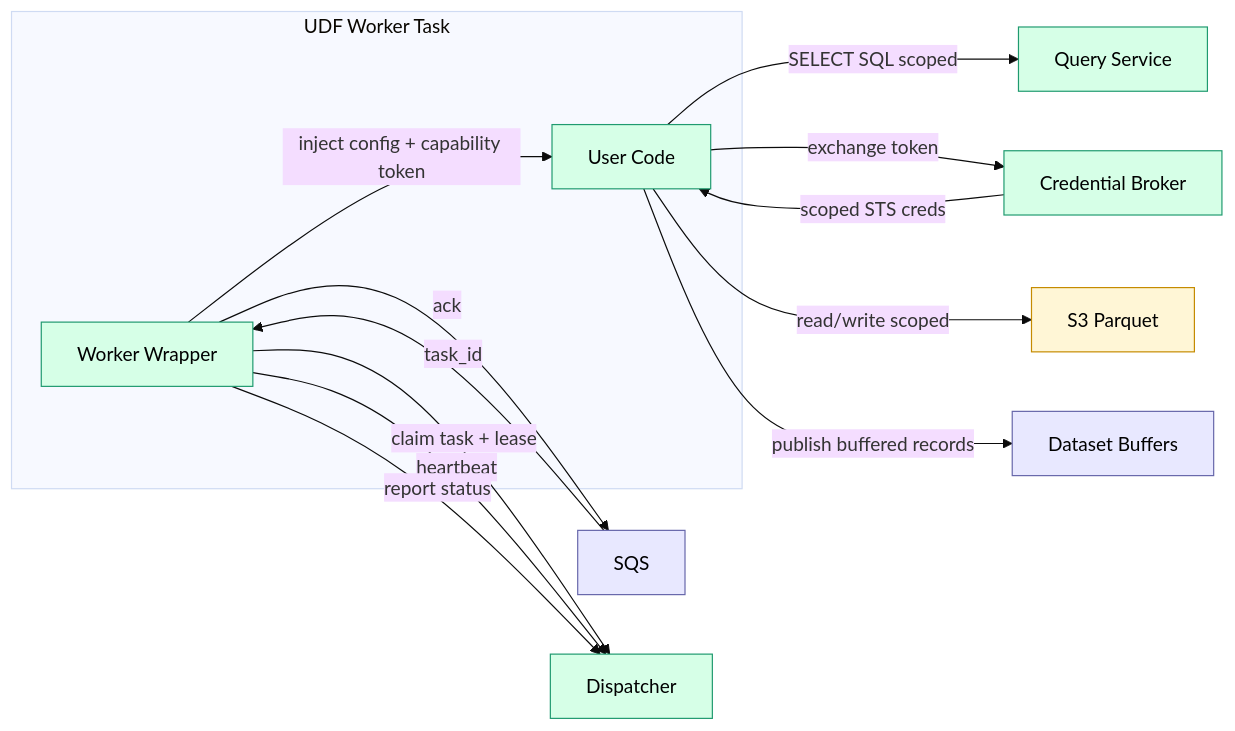
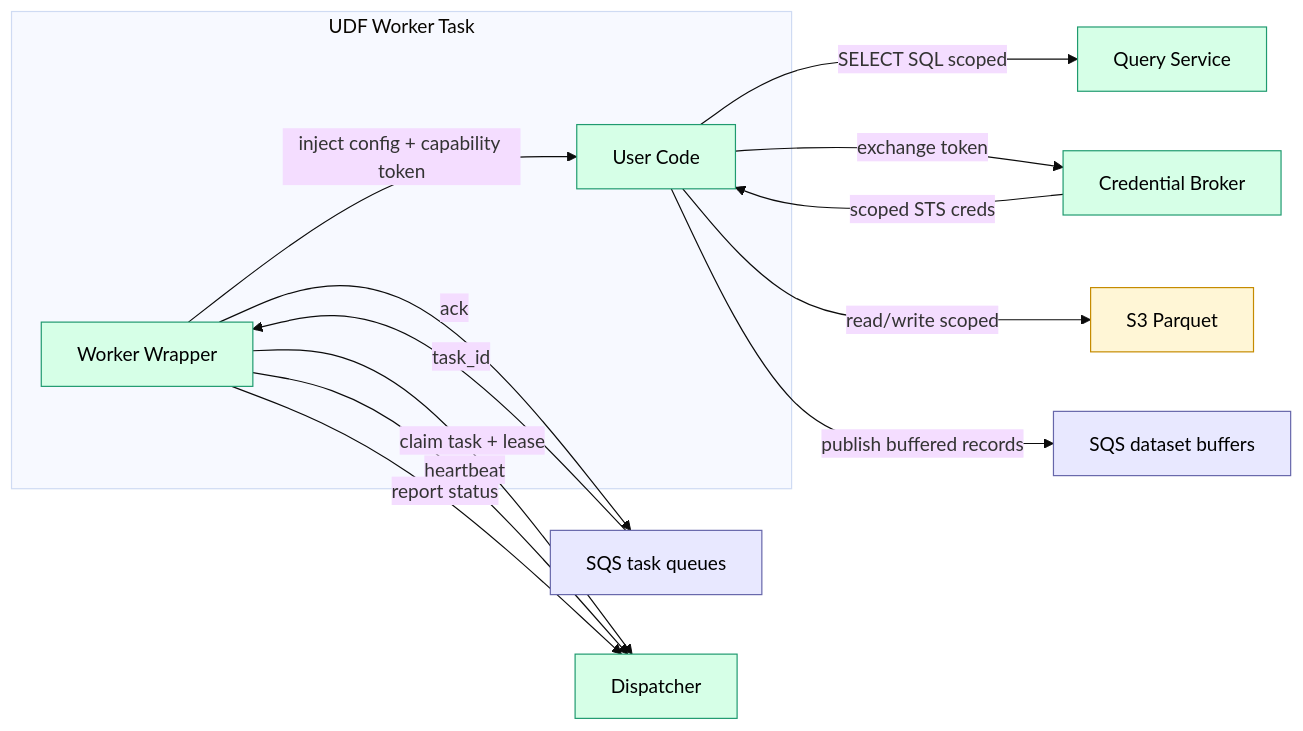
Before and after one commit to c7121/trace: the second of 2 diagrams in docs/architecture/containers/workers.md, drawn with Mermaid (base theme). The commit also changed other lines of this file and 4 other files, not shown here.

````diff
--- a/docs/architecture/containers/workers.md
+++ b/docs/architecture/containers/workers.md
@@ -50,32 +50,32 @@
 ```mermaid
 flowchart LR
     subgraph Worker["UDF Worker Task"]
         wrapper["Worker Wrapper"]:::component
         udf["User Code"]:::component
     end
 
-    sqs["SQS"]:::infra
-    buffers["Dataset Buffers"]:::infra
+    sqs["SQS task queues"]:::infra
+    buffers["SQS dataset buffers"]:::infra
     dispatcher["Dispatcher"]:::component
     qs["Query Service"]:::component
     broker["Credential Broker"]:::component
     s3["S3 Parquet"]:::database
 
     sqs -->|task_id| wrapper
     wrapper -->|claim task + lease| dispatcher
     wrapper -->|inject config + capability token| udf
     wrapper -->|heartbeat| dispatcher
 
     udf -->|SELECT SQL scoped| qs
     udf -->|exchange token| broker
     broker -->|scoped STS creds| udf
     udf -->|read/write scoped| s3
     udf -->|publish buffered records| buffers
 
     wrapper -->|report status| dispatcher
     wrapper -->|ack| sqs
 
     classDef component fill:#d6ffe7,stroke:#1f9a6f,color:#000;
     classDef infra fill:#e8e8ff,stroke:#6666aa,color:#000;
     classDef database fill:#fff6d6,stroke:#c58b00,color:#000;
 ```
````
